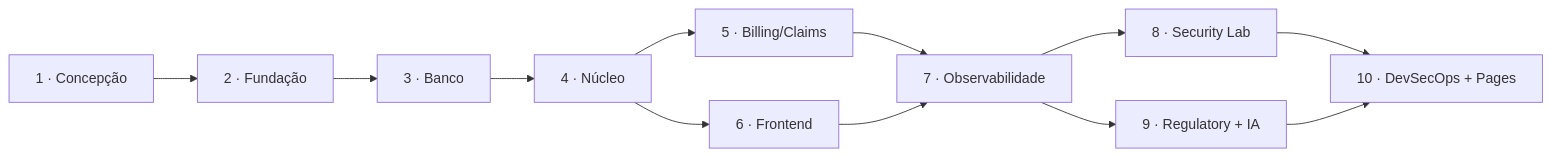
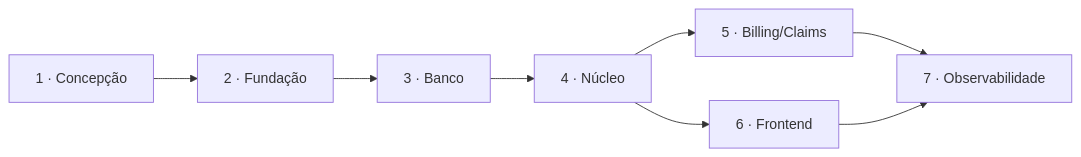
One commit to volksec/0009098 changed the diagram in docs/plan/implementation-plan.md. Above: the diagram before and after it, drawn with Mermaid. The commit also changed other lines of this file and 16 other files, not shown here.

First line of the commit message:
docs: remove Security Lab, agentes de IA e observabilidade externa

````diff
--- a/docs/plan/implementation-plan.md
+++ b/docs/plan/implementation-plan.md
@@ -21,12 +18,8 @@
 ```mermaid
 graph LR
     F1[1 · Concepção] --> F2[2 · Fundação] --> F3[3 · Banco] --> F4[4 · Núcleo]
     F4 --> F5[5 · Billing/Claims]
     F4 --> F6[6 · Frontend]
     F5 --> F7[7 · Observabilidade]
     F6 --> F7
-    F7 --> F8[8 · Security Lab]
-    F7 --> F9[9 · Regulatory + IA]
-    F8 --> F10[10 · DevSecOps + Pages]
-    F9 --> F10
 ```
````
